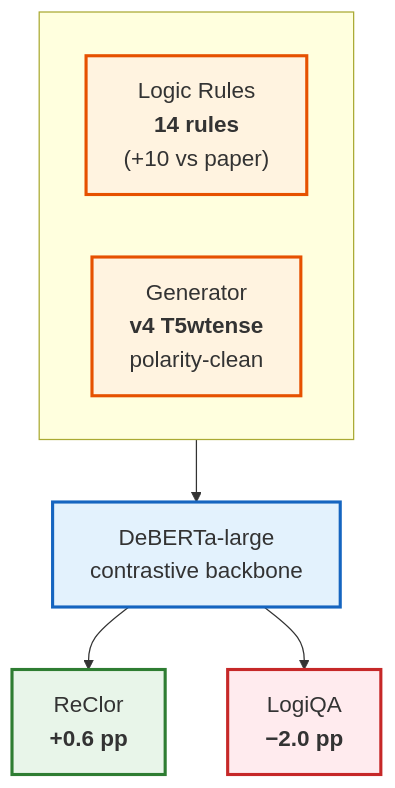
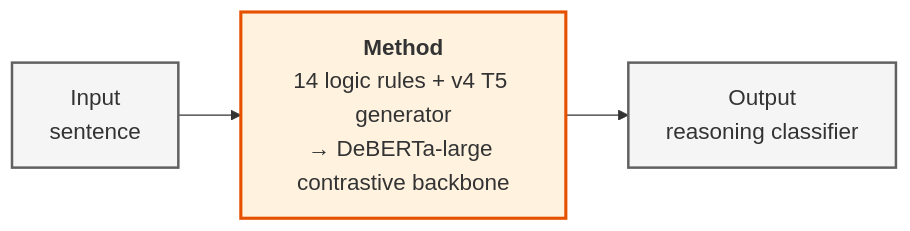
One commit to 14H034160212/Logical-Equivalence-driven-AMR-Data-Augmentation-for-Representation-Learning changed the first of 3 diagrams in extensions/reports/index.md. Above: the diagram before and after it, drawn with Mermaid. The commit also changed other lines of this file, not shown here.

Commit message:
docs: trim main diagram to Input → Method → Output
Per feedback: the structural diagram should not embed downstream
results (ReClor / LogiQA numbers) — they belong in the narrative
sections below. Diagram now strictly shows input → method → output,
with the method box collapsing the three core components (logic
rules, generator, contrastive backbone) into one labeled node.

````diff
--- a/extensions/reports/index.md
+++ b/extensions/reports/index.md
@@ -21,20 +21,10 @@
 ```mermaid
-flowchart TB
-    subgraph X [" "]
-        direction LR
-        A["Logic Rules<br/><b>14 rules</b><br/>(+10 vs paper)"]
-        B["Generator<br/><b>v4 T5wtense</b><br/>polarity-clean"]
-    end
-    X --> C["DeBERTa-large<br/>contrastive backbone"]
-    C --> D1["ReClor<br/><b>+0.6 pp</b>"]
-    C --> D2["LogiQA<br/><b>−2.0 pp</b>"]
+flowchart LR
+    I["Input<br/>sentence"] --> M["<b>Method</b><br/>14 logic rules + v4 T5 generator<br/>→ DeBERTa-large contrastive backbone"]
+    M --> O["Output<br/>reasoning classifier"]
 
-    classDef new fill:#fff3e0,stroke:#e65100,stroke-width:2.5px,font-size:18px
-    classDef back fill:#e3f2fd,stroke:#1565c0,stroke-width:2.5px,font-size:18px
-    classDef win fill:#e8f5e9,stroke:#2e7d32,stroke-width:2.5px,font-size:18px
-    classDef lose fill:#ffebee,stroke:#c62828,stroke-width:2.5px,font-size:18px
-    class A,B new
-    class C back
-    class D1 win
-    class D2 lose
+    classDef io fill:#f5f5f5,stroke:#616161,stroke-width:2px,font-size:18px
+    classDef method fill:#fff3e0,stroke:#e65100,stroke-width:2.5px,font-size:18px
+    class I,O io
+    class M method
 ```
````
